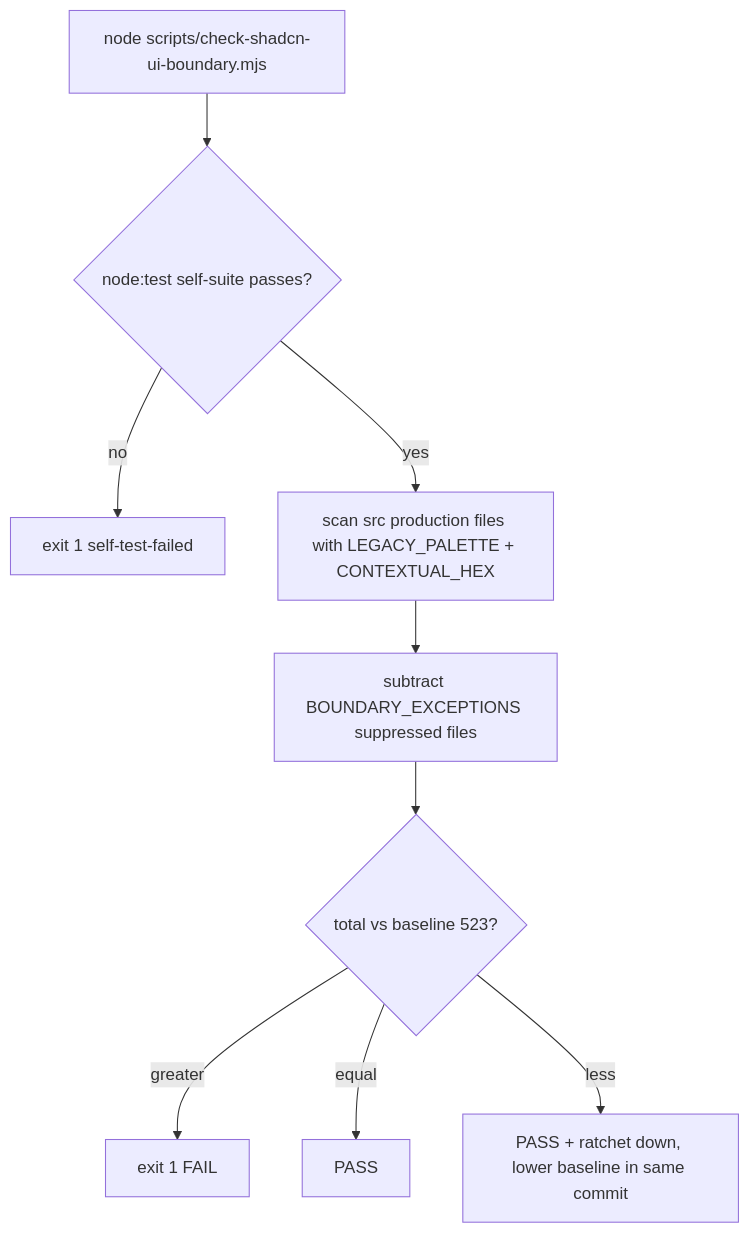
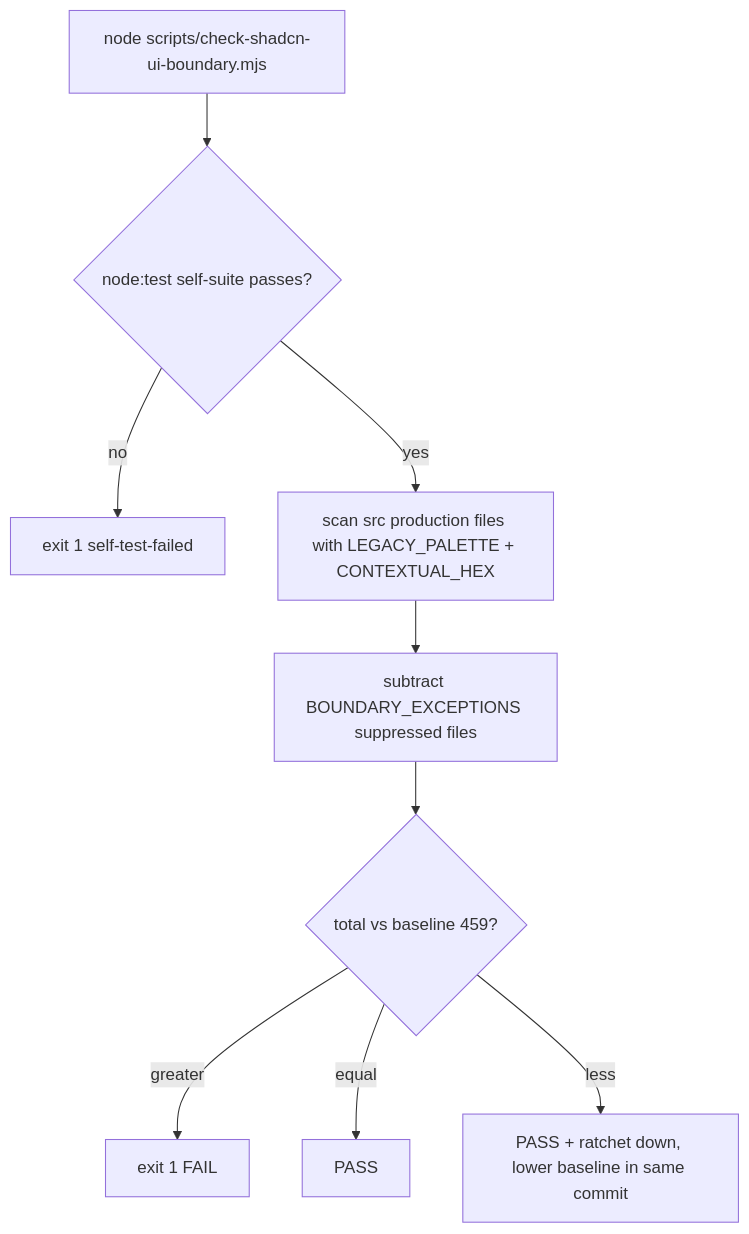
The diagram in openwiki/conventions-and-quality.md (salacoste/wb-erp-system-daytona-FE), drawn with Mermaid before and after one commit. The commit also changed other lines of this file and 14 other files, not shown here.

````diff
--- a/openwiki/conventions-and-quality.md
+++ b/openwiki/conventions-and-quality.md
@@ -206,11 +210,11 @@
 ```mermaid
 flowchart TD
     A["node scripts/check-shadcn-ui-boundary.mjs"] --> B{"node:test self-suite passes?"}
     B -- no --> F["exit 1 self-test-failed"]
     B -- yes --> C["scan src production files with LEGACY_PALETTE + CONTEXTUAL_HEX"]
     C --> D["subtract BOUNDARY_EXCEPTIONS suppressed files"]
-    D --> E{"total vs baseline 523?"}
+    D --> E{"total vs baseline 459?"}
     E -- greater --> G["exit 1 FAIL"]
     E -- equal --> H["PASS"]
     E -- less --> I["PASS + ratchet down, lower baseline in same commit"]
 ```
````
